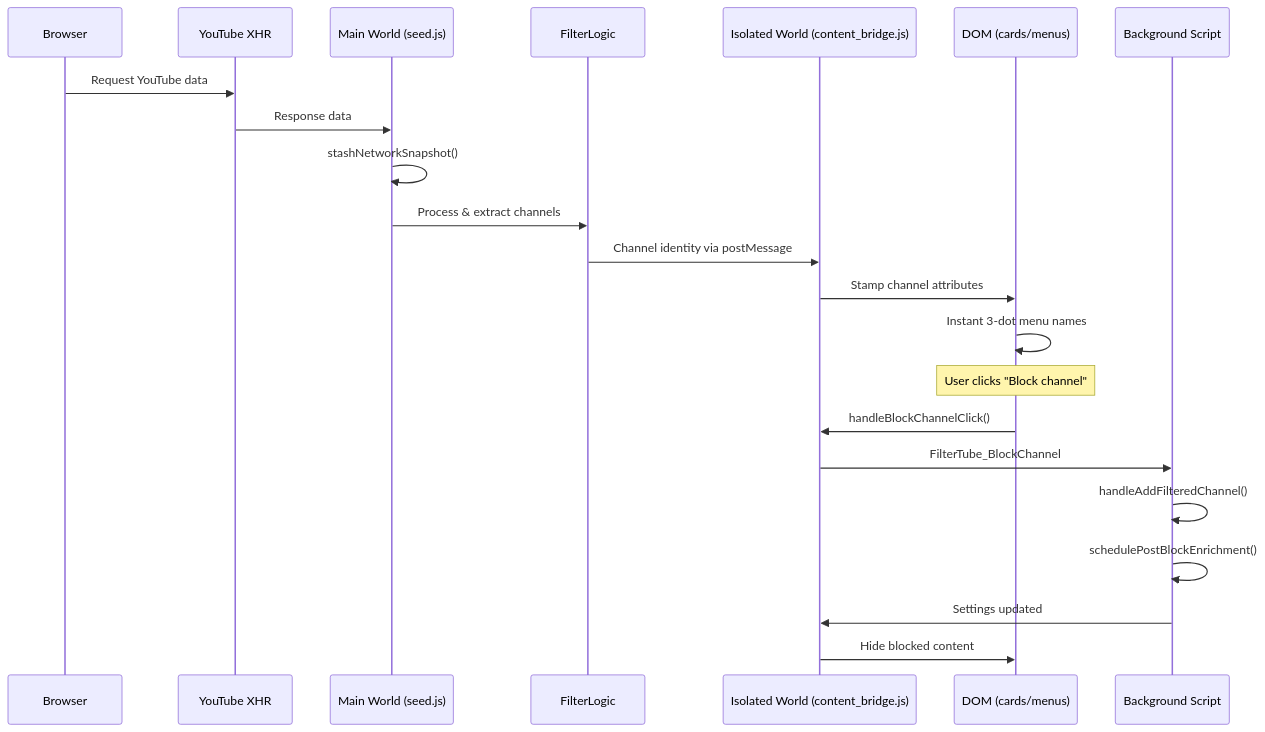
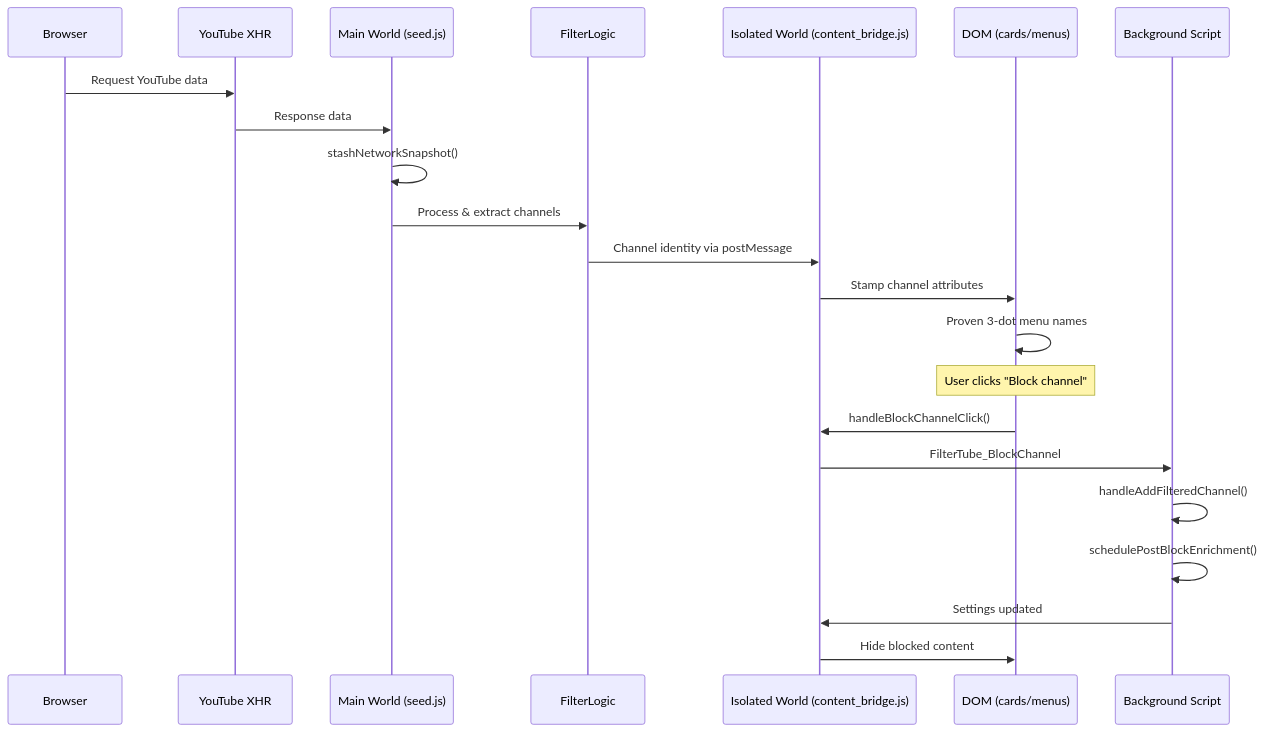
The ninth of 25 diagrams in docs/ARCHITECTURE.md (varshneydevansh/FilterTube), drawn with Mermaid before and after one commit. The commit also changed other lines of this file and 1145 other files, not shown here.

````diff
--- a/docs/ARCHITECTURE.md
+++ b/docs/ARCHITECTURE.md
@@ -414,26 +414,26 @@
 ```mermaid
 sequenceDiagram
     participant Browser
     participant XHR as YouTube XHR
     participant Main as Main World (seed.js)
     participant Filter as FilterLogic
     participant Isolated as Isolated World (content_bridge.js)
     participant DOM as DOM (cards/menus)
     participant BG as Background Script
 
     Browser->>XHR: Request YouTube data
     XHR->>Main: Response data
     Main->>Main: stashNetworkSnapshot()
     Main->>Filter: Process & extract channels
     Filter->>Isolated: Channel identity via postMessage
     Isolated->>DOM: Stamp channel attributes
-    DOM->>DOM: Instant 3-dot menu names
+    DOM->>DOM: Proven 3-dot menu names
     
     Note over DOM: User clicks "Block channel"
     DOM->>Isolated: handleBlockChannelClick()
     Isolated->>BG: FilterTube_BlockChannel
     BG->>BG: handleAddFilteredChannel()
     BG->>BG: schedulePostBlockEnrichment()
     BG->>Isolated: Settings updated
     Isolated->>DOM: Hide blocked content
 ```
````
